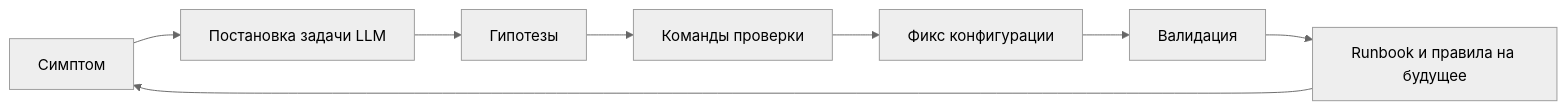
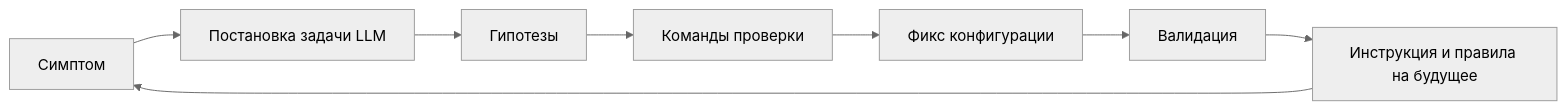
The second of 2 diagrams in article/ai-operator-n8n-installer-case.md (akuzmin555/n8n-installer-yk), drawn with Mermaid (neutral theme) before and after one commit. The commit also changed other lines of this file, not shown here.

````diff
--- a/article/ai-operator-n8n-installer-case.md
+++ b/article/ai-operator-n8n-installer-case.md
@@ -63,10 +63,10 @@
 ```mermaid
 flowchart LR
     S[Симптом] --> T[Постановка задачи LLM]
     T --> H[Гипотезы]
     H --> C[Команды проверки]
     C --> F[Фикс конфигурации]
     F --> V[Валидация]
-    V --> R[Runbook и правила на будущее]
+    V --> R[Инструкция и правила на будущее]
     R --> S
 ```
````
